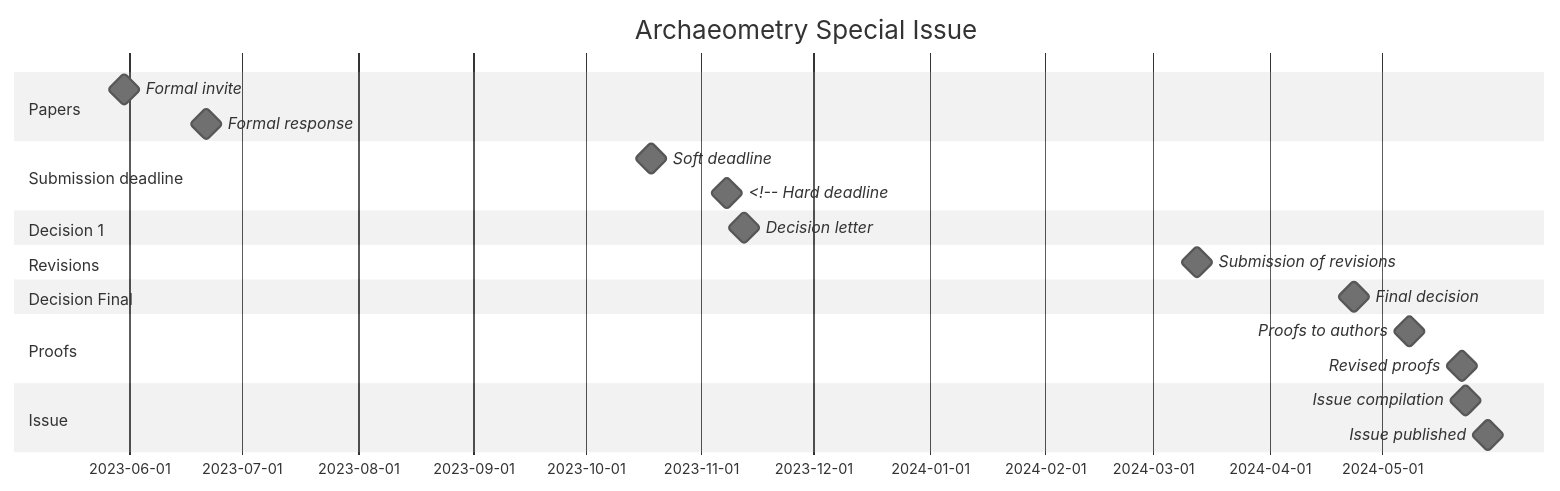
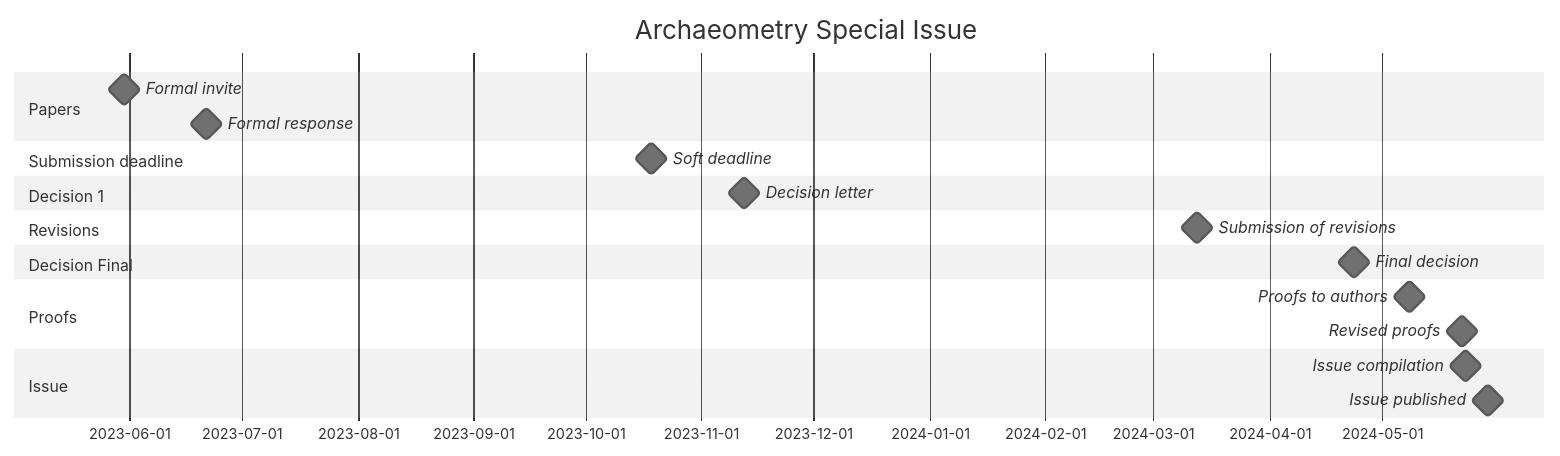
Before and after one commit to historical-time/archaeometry-si: the diagram in README.md, drawn with Mermaid (neutral theme).

Commit message:
change deadline

````diff
--- a/README.md
+++ b/README.md
@@ -8,23 +8,23 @@
 ```mermaid
 gantt
     title Archaeometry Special Issue
     dateFormat  YYYY-MM-DD
     section Papers
     Formal invite              : milestone, m0, 2023-05-30, 1d
     Formal response            : milestone, m0, 2023-06-21, 1d
     section Submission deadline
     Soft deadline            : milestone, m1, 2023-10-18, 1d
-    <!-- Hard deadline            : milestone, m1, 2023-11-08, 1d -->
+    %% Hard deadline            : milestone, m1, 2023-11-08, 1d
     section Decision 1
     Decision letter          : milestone, m1, 2023-11-12, 1d
     section Revisions
     Submission of revisions	 : milestone, m1, 2024-03-12, 1d
     section Decision Final
     Final decision           : milestone, m2, 2024-04-23, 1d
     section Proofs
     Proofs to authors        : milestone, m2, 2024-05-08, 1d
     Revised proofs           : milestone, m2, 2024-05-22, 1d
     section Issue
     Issue compilation        : milestone, m2, 2024-05-23, 1d
     Issue published          : milestone, m2, 2024-05-29, 1d
 ```
````
